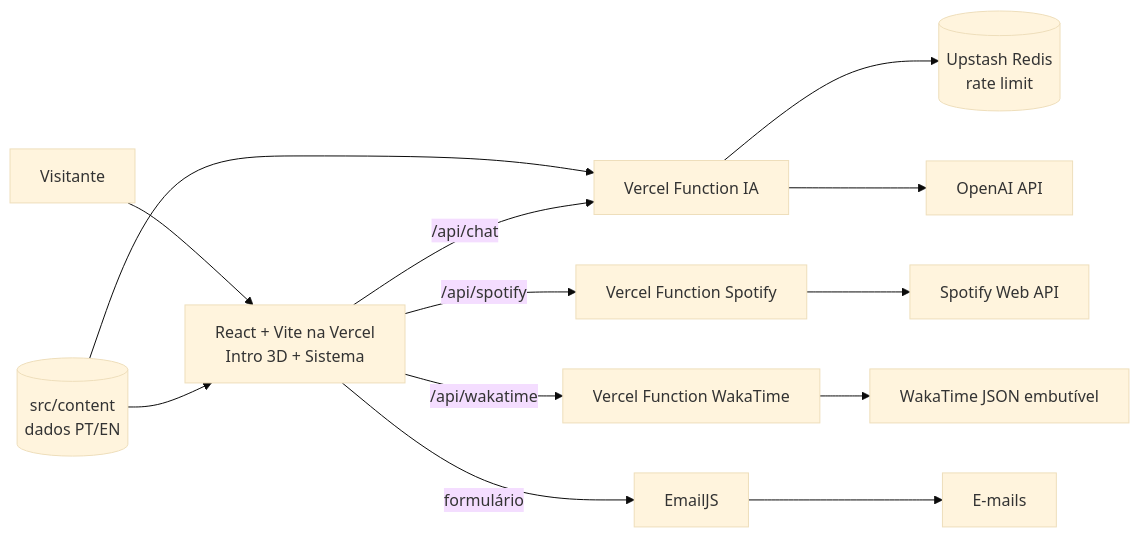
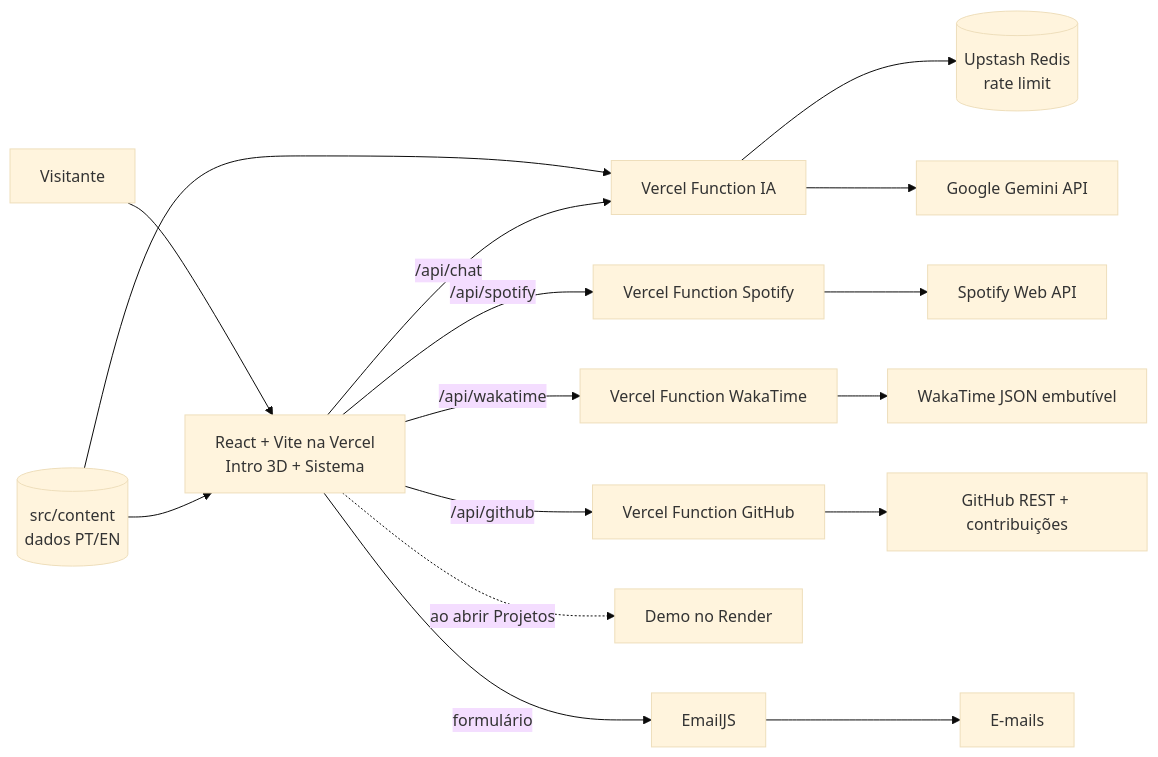
One commit to leonardoMartins-Dev/Portifolio-Pessoal changed the diagram in README.md. Above: the diagram before and after it, drawn with Mermaid (base theme). The commit also changed other lines of this file and 156 other files, not shown here.

Commit message:
feat: adiciona mesa 3D, tela de bloqueio, apps GitHub e Certificados e novos projetos

````diff
--- a/README.md
+++ b/README.md
@@ -201,12 +208,14 @@
 ```mermaid
 flowchart LR
   V[Visitante] --> FE["React + Vite na Vercel<br/>Intro 3D + Sistema"]
   C[("src/content<br/>dados PT/EN")] --> FE
   C --> CHAT
   FE -->|/api/chat| CHAT[Vercel Function IA]
   CHAT --> RL[("Upstash Redis<br/>rate limit")]
-  CHAT --> OAI[OpenAI API]
+  CHAT --> GEM[Google Gemini API]
   FE -->|/api/spotify| SP[Vercel Function Spotify] --> SAPI[Spotify Web API]
   FE -->|/api/wakatime| WK[Vercel Function WakaTime] --> WAPI[WakaTime JSON embutível]
+  FE -->|/api/github| GH[Vercel Function GitHub] --> GAPI[GitHub REST + contribuições]
+  FE -.->|ao abrir Projetos| RENDER[Demo no Render]
   FE -->|formulário| EJS[EmailJS] --> MAIL[E-mails]
 ```
````
